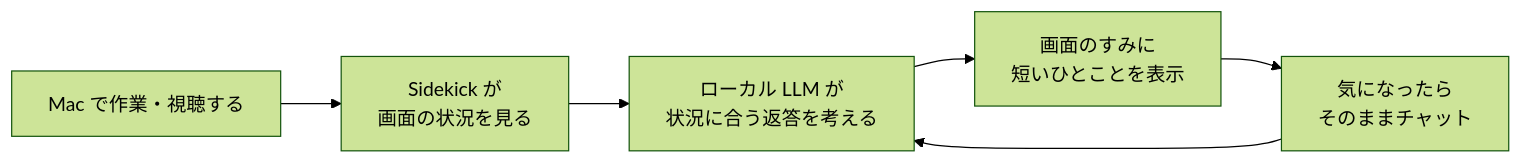
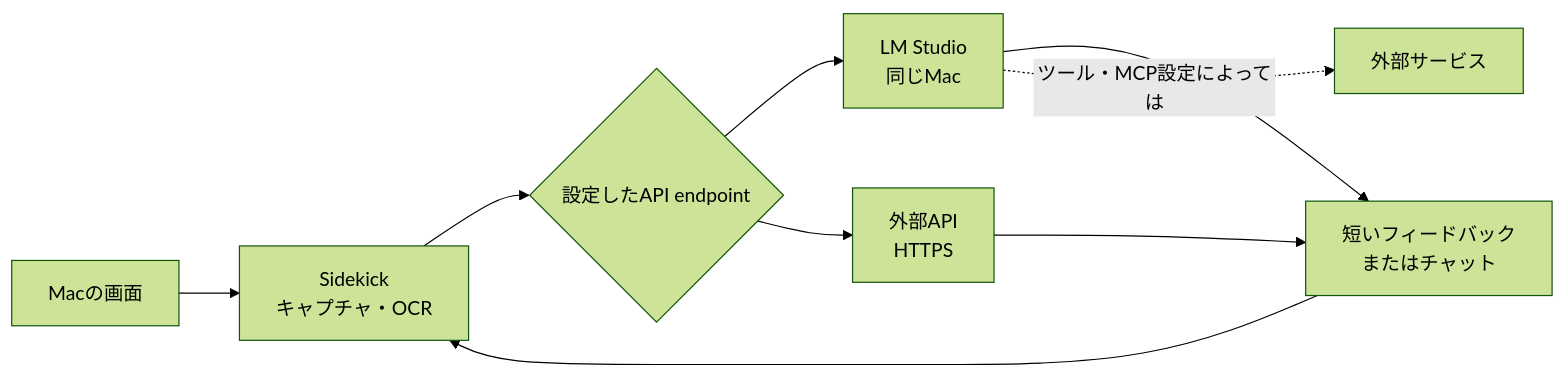
The diagram in README.ja.md (ast-ry/sidekick), drawn with Mermaid (forest theme) before and after one commit. The commit also changed other lines of this file and 6 other files, not shown here.

````diff
--- a/README.ja.md
+++ b/README.ja.md
@@ -25,12 +19,11 @@
 ```mermaid
 flowchart LR
-    screen["Mac で作業・視聴する"]
-    capture["Sidekick が<br/>画面の状況を見る"]
-    lmstudio["ローカル LLM が<br/>状況に合う返答を考える"]
-    feedback["画面のすみに<br/>短いひとことを表示"]
-    chat["気になったら<br/>そのままチャット"]
-
-    screen --> capture --> lmstudio --> feedback
-    feedback --> chat
-    chat --> lmstudio
+    screen["Macの画面"] --> sidekick["Sidekick<br/>キャプチャ・OCR"]
+    sidekick --> endpoint{"設定したAPI endpoint"}
+    endpoint --> local["LM Studio<br/>同じMac"]
+    endpoint --> remote["外部API<br/>HTTPS"]
+    local --> response["短いフィードバック<br/>またはチャット"]
+    remote --> response
+    response --> sidekick
+    local -. "ツール・MCP設定によっては" .-> external["外部サービス"]
 ```
````
